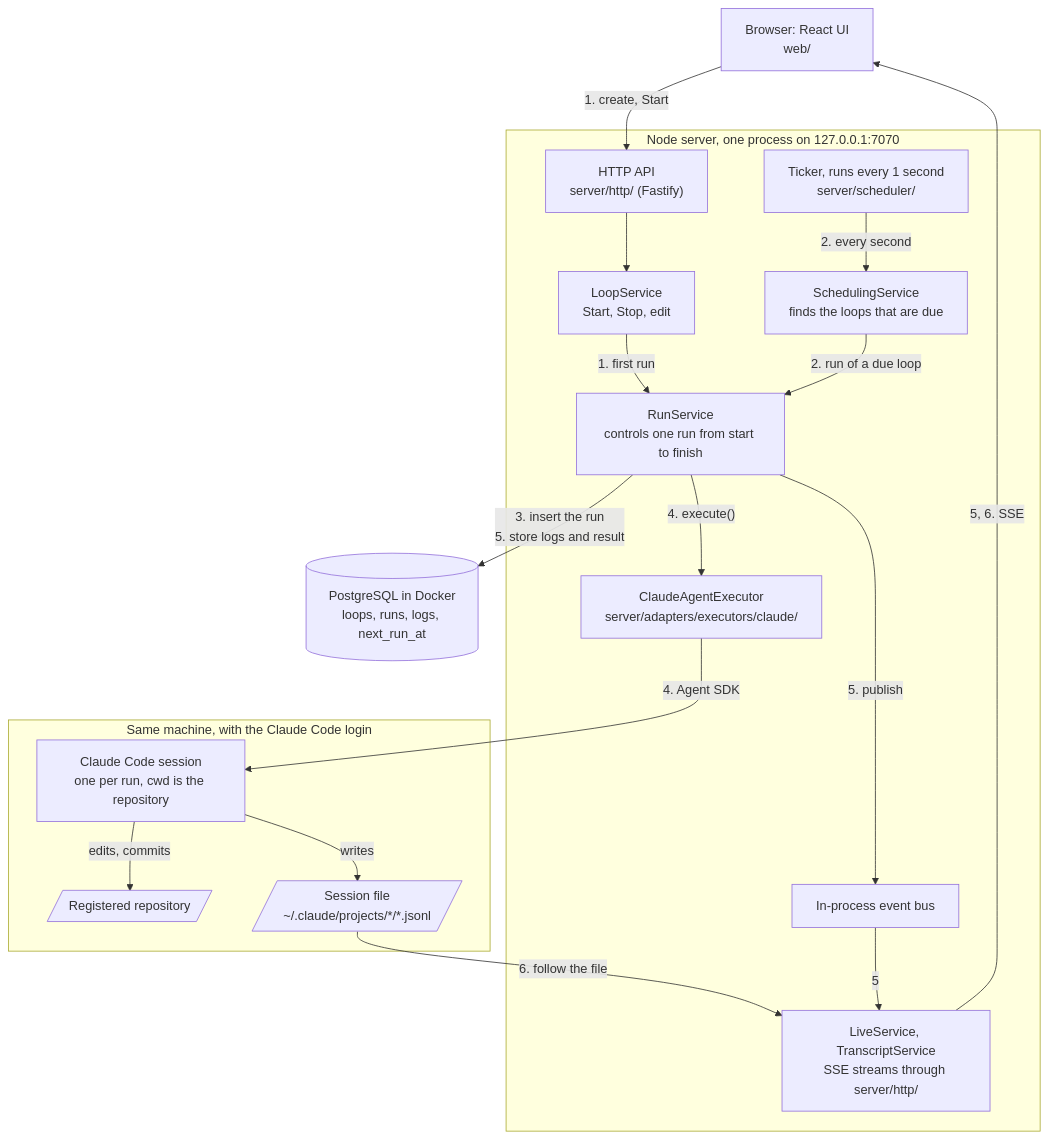
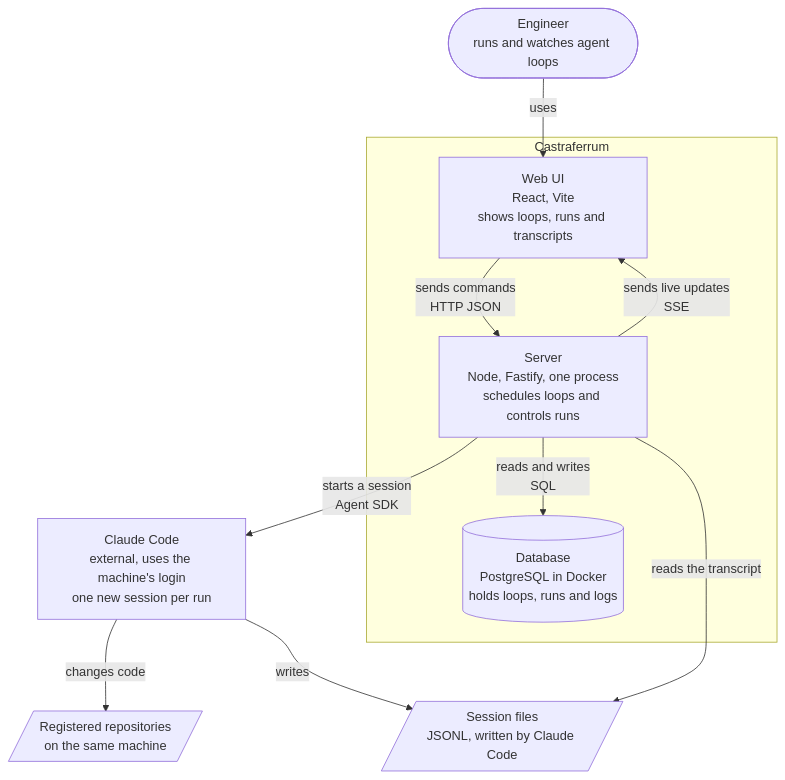
Before and after one commit to hieplam/castraferrum: the diagram in README.md, drawn with Mermaid. The commit also changed other lines of this file and 1 other file, not shown here.

Commit message:
docs: show a C2 diagram in the README, move the full flow to ARCHITECTURE (#269)
The README now shows the containers of the C4 model. The detailed diagram
and its numbered steps move to docs/ARCHITECTURE.md, section "The full flow".

````diff
--- a/README.md
+++ b/README.md
@@ -8,38 +8,23 @@
 ```mermaid
 flowchart TB
-  ui["Browser: React UI<br/>web/"]
+  engineer(["Engineer<br/>runs and watches agent loops"])
 
-  subgraph node["Node server, one process on 127.0.0.1:7070"]
-    http["HTTP API<br/>server/http/ (Fastify)"]
-    ticker["Ticker, runs every 1 second<br/>server/scheduler/"]
-    loopsvc["LoopService<br/>Start, Stop, edit"]
-    sched["SchedulingService<br/>finds the loops that are due"]
-    run["RunService<br/>controls one run from start to finish"]
-    executor["ClaudeAgentExecutor<br/>server/adapters/executors/claude/"]
-    bus["In-process event bus"]
-    streams["LiveService, TranscriptService<br/>SSE streams through server/http/"]
+  subgraph castra["Castraferrum"]
+    ui["Web UI<br/>React, Vite<br/>shows loops, runs and transcripts"]
+    server["Server<br/>Node, Fastify, one process<br/>schedules loops and controls runs"]
+    db[("Database<br/>PostgreSQL in Docker<br/>holds loops, runs and logs")]
   end
 
-  db[("PostgreSQL in Docker<br/>loops, runs, logs, next_run_at")]
+  claude["Claude Code<br/>external, uses the machine's login<br/>one new session per run"]
+  repo[/"Registered repositories<br/>on the same machine"/]
+  sessions[/"Session files<br/>JSONL, written by Claude Code"/]
 
-  subgraph machine["Same machine, with the Claude Code login"]
-    session["Claude Code session<br/>one per run, cwd is the repository"]
-    repo[/"Registered repository"/]
-    jsonl[/"Session file<br/>~/.claude/projects/*/*.jsonl"/]
-  end
-
-  ui -- "1. create, Start" --> http
-  http --> loopsvc
-  ticker -- "2. every second" --> sched
-  loopsvc -- "1. first run" --> run
-  sched -- "2. run of a due loop" --> run
-  run -- "3. insert the run<br/>5. store logs and result" --> db
-  run -- "4. execute()" --> executor
-  executor -- "4. Agent SDK" --> session
-  session -- "edits, commits" --> repo
-  session -- "writes" --> jsonl
-  run -- "5. publish" --> bus
-  bus -- "5" --> streams
-  jsonl -- "6. follow the file" --> streams
-  streams -- "5, 6. SSE" --> ui
+  engineer -- "uses" --> ui
+  ui -- "sends commands<br/>HTTP JSON" --> server
+  server -- "sends live updates<br/>SSE" --> ui
+  server -- "reads and writes<br/>SQL" --> db
+  server -- "starts a session<br/>Agent SDK" --> claude
+  claude -- "changes code" --> repo
+  claude -- "writes" --> sessions
+  server -- "reads the transcript" --> sessions
 ```
````
